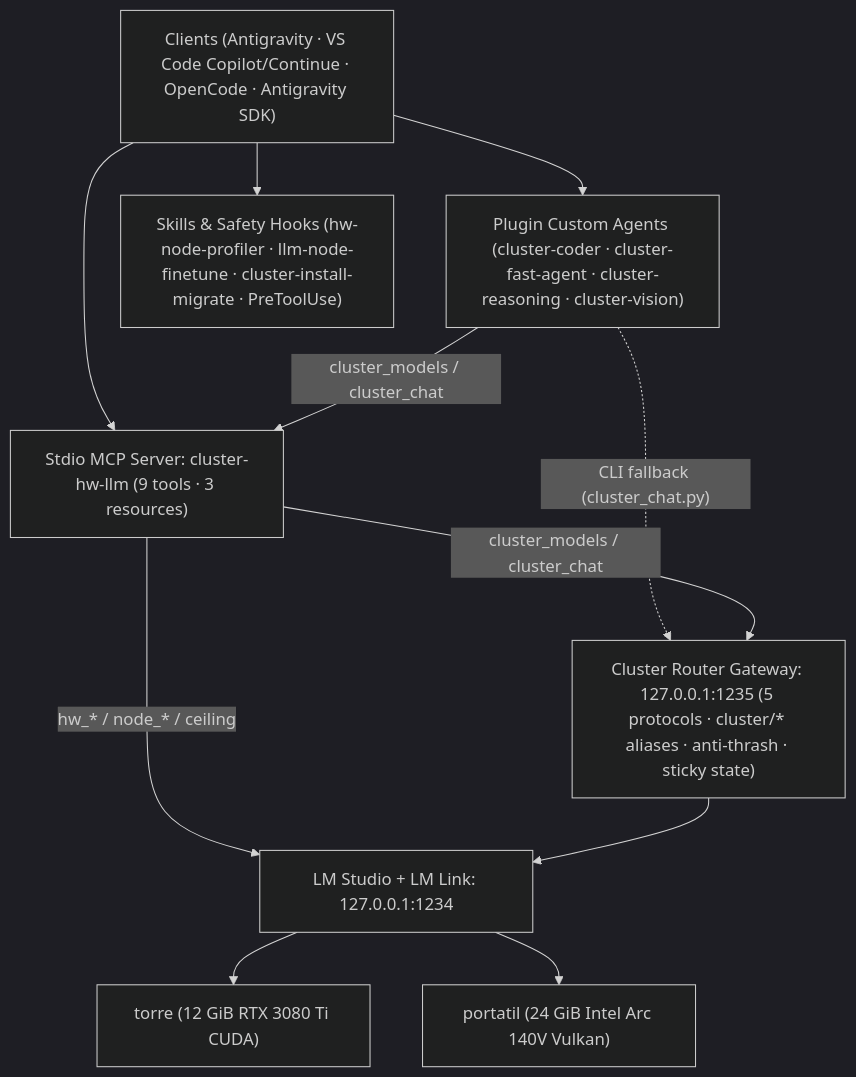
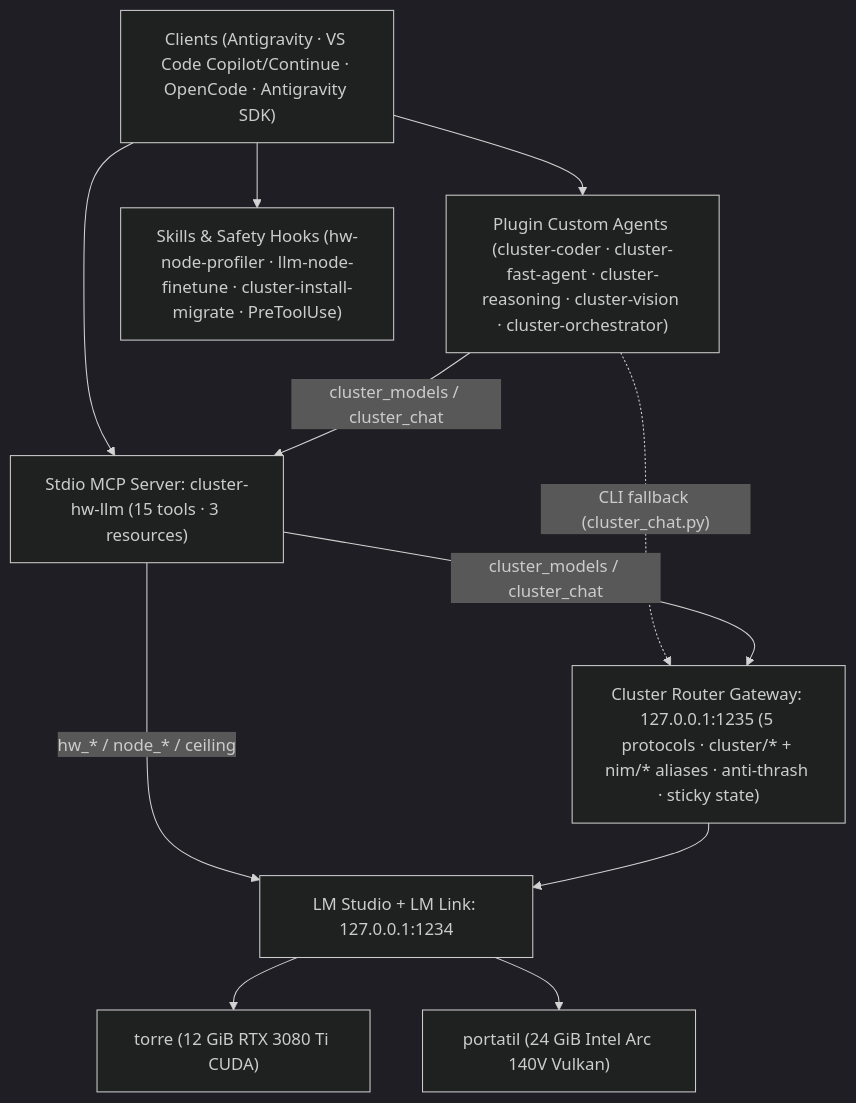
One commit to hvepo/cluster-hw-llm-optimization changed the diagram in docs/AGENT_COLLABORATION.md. Above: the diagram before and after it, drawn with Mermaid (dark theme). The commit also changed other lines of this file and 23 other files, not shown here.

````diff
--- a/docs/AGENT_COLLABORATION.md
+++ b/docs/AGENT_COLLABORATION.md
@@ -11,22 +11,22 @@
 ```mermaid
 flowchart TD
     Clients["Clients (Antigravity · VS Code Copilot/Continue · OpenCode · Antigravity SDK)"]
-    PluginAgents["Plugin Custom Agents (cluster-coder · cluster-fast-agent · cluster-reasoning · cluster-vision)"]
+    PluginAgents["Plugin Custom Agents (cluster-coder · cluster-fast-agent · cluster-reasoning · cluster-vision · cluster-orchestrator)"]
     SkillsHooks["Skills & Safety Hooks (hw-node-profiler · llm-node-finetune · cluster-install-migrate · PreToolUse)"]
-    MCP["Stdio MCP Server: cluster-hw-llm (9 tools · 3 resources)"]
-    Gateway["Cluster Router Gateway: 127.0.0.1:1235 (5 protocols · cluster/* aliases · anti-thrash · sticky state)"]
+    MCP["Stdio MCP Server: cluster-hw-llm (15 tools · 3 resources)"]
+    Gateway["Cluster Router Gateway: 127.0.0.1:1235 (5 protocols · cluster/* + nim/* aliases · anti-thrash · sticky state)"]
     LMLink["LM Studio + LM Link: 127.0.0.1:1234"]
     Torre["torre (12 GiB RTX 3080 Ti CUDA)"]
     Portatil["portatil (24 GiB Intel Arc 140V Vulkan)"]
 
     Clients --> PluginAgents
     Clients --> SkillsHooks
     Clients --> MCP
     PluginAgents -->|"cluster_models / cluster_chat"| MCP
     PluginAgents -.->|"CLI fallback (cluster_chat.py)"| Gateway
     MCP -->|"cluster_models / cluster_chat"| Gateway
     MCP -->|"hw_* / node_* / ceiling"| LMLink
     Gateway --> LMLink
     LMLink --> Torre
     LMLink --> Portatil
 ```
````
